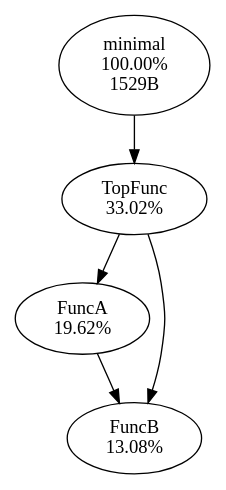
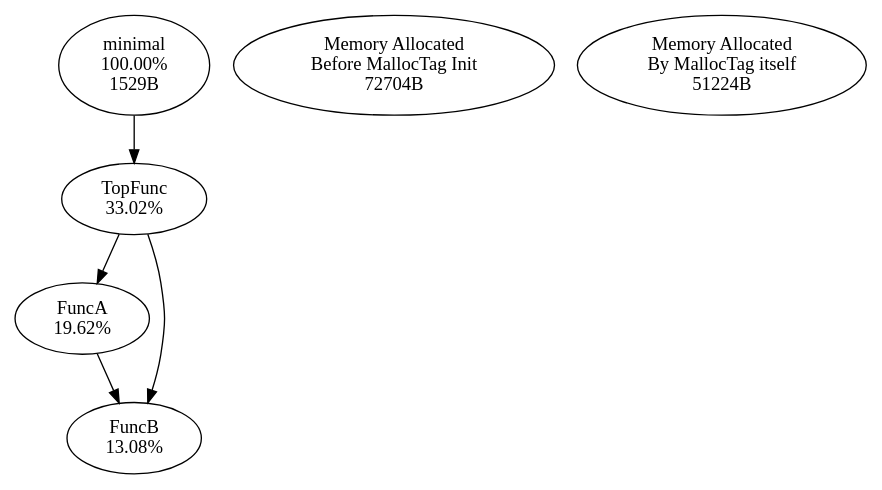
One commit to f18m/malloc-tag changed the diagram in examples/minimal/minimal_stats.dot. Above: the diagram before and after it, drawn with Graphviz. The commit also changed 2 other files, not shown here.

Commit message:
Append extra information in graphviz output diagram

```diff
--- a/examples/minimal/minimal_stats.dot
+++ b/examples/minimal/minimal_stats.dot
@@ -1,11 +1,13 @@
 digraph MallocTree {
 minimal [label="minimal\n100.00%\n1529B"]
 minimal -> TopFunc
 TopFunc [label="TopFunc\n33.02%"]
 TopFunc -> FuncA
 TopFunc -> FuncB
 FuncA [label="FuncA\n19.62%"]
 FuncA -> FuncB
 FuncB [label="FuncB\n13.08%"]
 FuncB [label="FuncB\n13.08%"]
+__before_init_node__ [label="Memory Allocated\nBefore MallocTag Init\n72704B"]
+__malloctag_self_memory__ [label="Memory Allocated\nBy MallocTag itself\n51224B"]
 }
```
